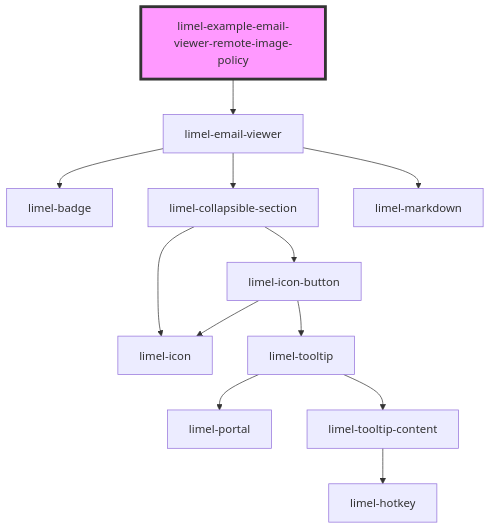
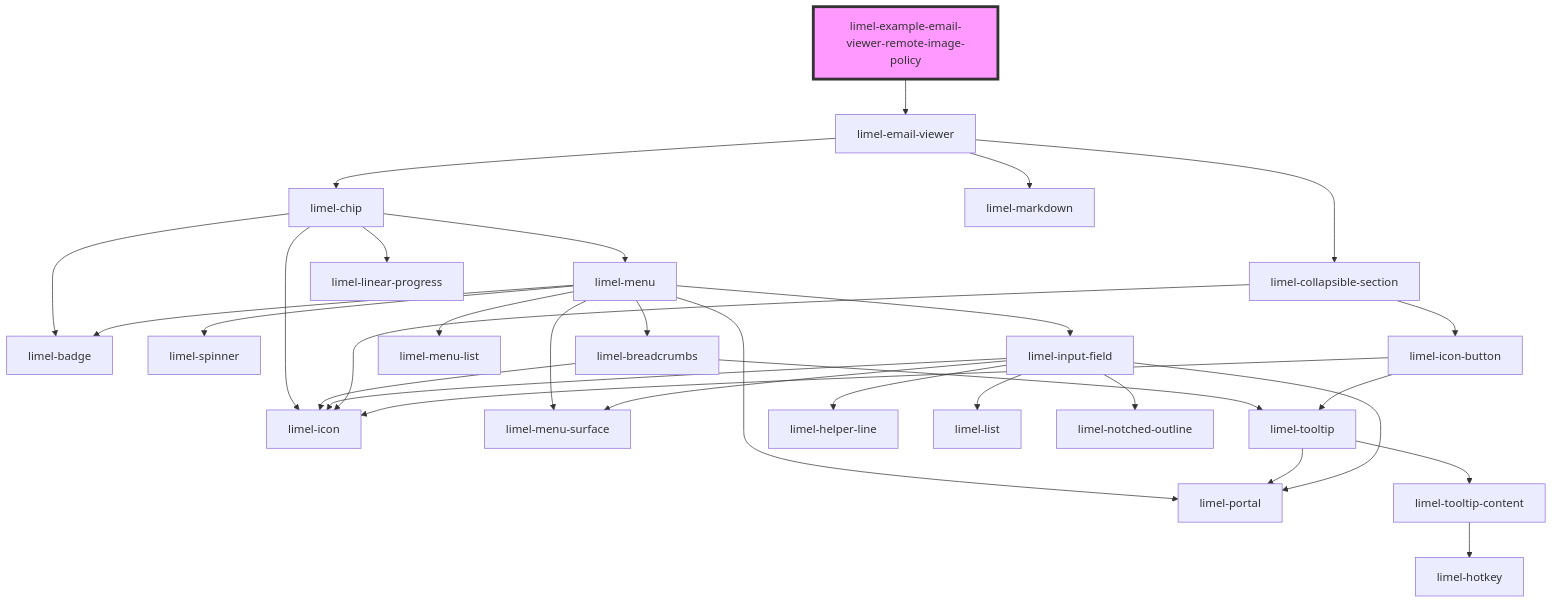
One commit to Lundalogik/lime-elements changed the diagram in versions/PR-4076/markdown-docs/components/email-viewer/examples/readme.md. Above: the diagram before and after it, drawn with Mermaid. The commit also changed 50 other files, not shown here.

````diff
--- a/versions/PR-4076/markdown-docs/components/email-viewer/examples/readme.md
+++ b/versions/PR-4076/markdown-docs/components/email-viewer/examples/readme.md
@@ -23,15 +23,34 @@
 ```mermaid
 graph TD;
   limel-example-email-viewer-remote-image-policy --> limel-email-viewer
-  limel-email-viewer --> limel-badge
+  limel-email-viewer --> limel-chip
   limel-email-viewer --> limel-collapsible-section
   limel-email-viewer --> limel-markdown
+  limel-chip --> limel-icon
+  limel-chip --> limel-badge
+  limel-chip --> limel-menu
+  limel-chip --> limel-linear-progress
+  limel-menu --> limel-spinner
+  limel-menu --> limel-breadcrumbs
+  limel-menu --> limel-input-field
+  limel-menu --> limel-menu-list
+  limel-menu --> limel-badge
+  limel-menu --> limel-portal
+  limel-menu --> limel-menu-surface
+  limel-breadcrumbs --> limel-icon
+  limel-breadcrumbs --> limel-tooltip
+  limel-tooltip --> limel-portal
+  limel-tooltip --> limel-tooltip-content
+  limel-tooltip-content --> limel-hotkey
+  limel-input-field --> limel-helper-line
+  limel-input-field --> limel-icon
+  limel-input-field --> limel-portal
+  limel-input-field --> limel-menu-surface
+  limel-input-field --> limel-list
+  limel-input-field --> limel-notched-outline
   limel-collapsible-section --> limel-icon
   limel-collapsible-section --> limel-icon-button
   limel-icon-button --> limel-icon
   limel-icon-button --> limel-tooltip
-  limel-tooltip --> limel-portal
-  limel-tooltip --> limel-tooltip-content
-  limel-tooltip-content --> limel-hotkey
   style limel-example-email-viewer-remote-image-policy fill:#f9f,stroke:#333,stroke-width:4px
 ```
````
